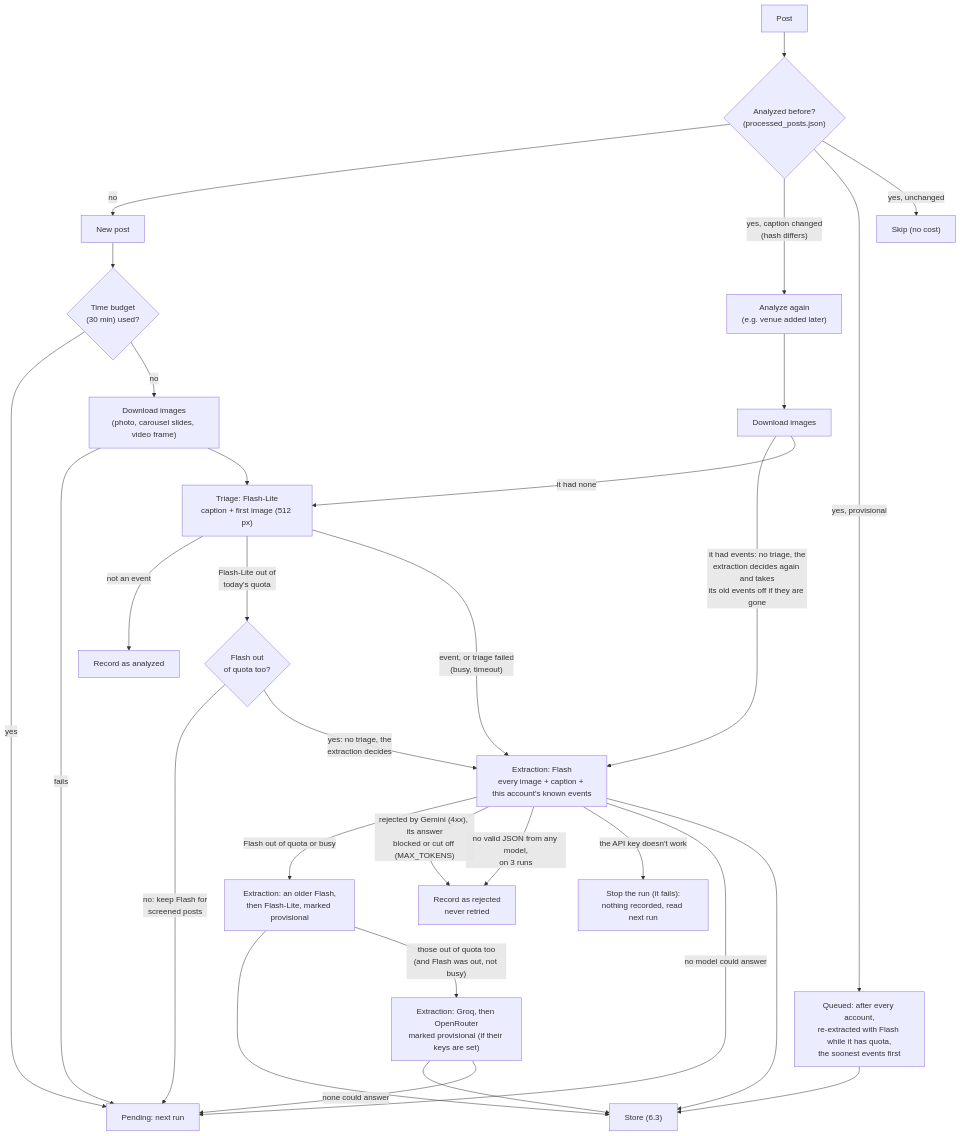
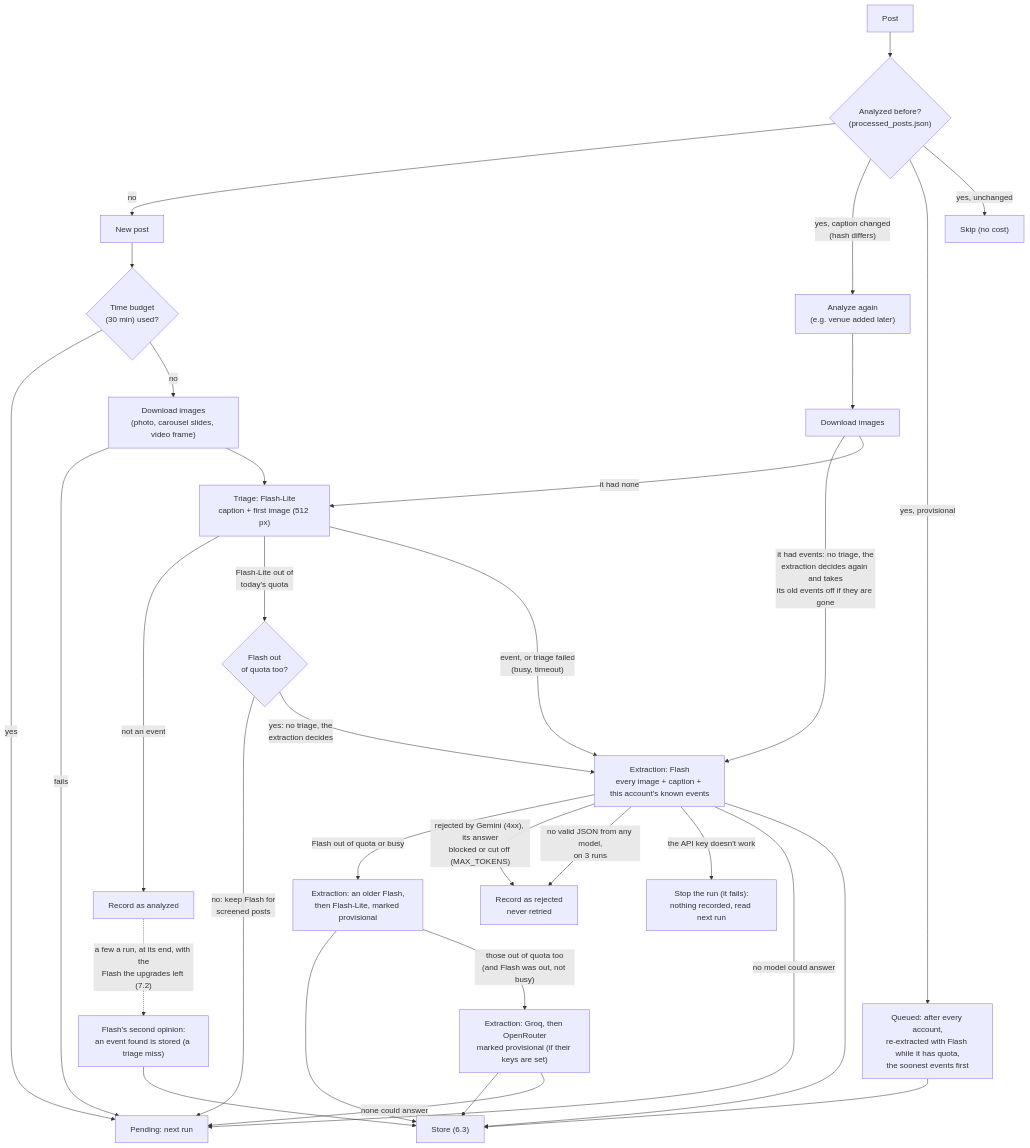
The fourth of 12 diagrams in docs/ARCHITECTURE.md (pa-bailar/backend), drawn with Mermaid before and after one commit. The commit also changed other lines of this file and 14 other files, not shown here.

First line of the commit message:
feat(sweep): Flash gives a second opinion on the triage's "no" (#209)

````diff
--- a/docs/ARCHITECTURE.md
+++ b/docs/ARCHITECTURE.md
@@ -571,31 +571,33 @@
 ```mermaid
 flowchart TD
     P["Post"] --> Q{"Analyzed before?<br/>(processed_posts.json)"}
     Q -->|no| N["New post"]
     Q -->|"yes, caption changed<br/>(hash differs)"| RE["Analyze again<br/>(e.g. venue added later)"]
     Q -->|"yes, provisional"| UP["Queued: after every account,<br/>re-extracted with Flash while it has quota,<br/>the soonest events first"]
     Q -->|"yes, unchanged"| SKIP["Skip (no cost)"]
     N --> T{"Time budget<br/>(30 min) used?"}
     T -->|yes| PEND["Pending: next run"]
     T -->|no| IMG["Download images<br/>(photo, carousel slides, video frame)"]
     RE --> IMG2["Download images"] -->|"it had events: no triage, the<br/>extraction decides again and takes<br/>its old events off if they are gone"| EX
     IMG2 -->|"it had none"| TR
     IMG -->|fails| PEND
     IMG --> TR["Triage: Flash-Lite<br/>caption + first image (512 px)"]
     TR -->|"not an event"| REC["Record as analyzed"]
+    REC -.->|"a few a run, at its end, with the<br/>Flash the upgrades left (7.2)"| SO["Flash's second opinion:<br/>an event found is stored (a triage miss)"]
+    SO --> ST
     TR -->|"Flash-Lite out of<br/>today's quota"| TLR{"Flash out<br/>of quota too?"}
     TLR -->|"no: keep Flash for<br/>screened posts"| PEND
     TLR -->|"yes: no triage, the<br/>extraction decides"| EX
     TR -->|"event, or triage failed<br/>(busy, timeout)"| EX["Extraction: Flash<br/>every image + caption + this account's known events"]
     EX -->|"Flash out of quota or busy"| PROV["Extraction: an older Flash,<br/>then Flash-Lite, marked provisional"]
     EX -->|"rejected by Gemini (4xx), its answer<br/>blocked or cut off (MAX_TOKENS)"| REJ["Record as rejected<br/>never retried"]
     EX -->|"no valid JSON from any model,<br/>on 3 runs"| REJ
     EX -->|"the API key doesn't work"| STOP["Stop the run (it fails):<br/>nothing recorded, read next run"]
     EX -->|"no model could answer"| PEND
     EX --> ST["Store (6.3)"]
     PROV --> ST
     PROV -->|"those out of quota too<br/>(and Flash was out, not busy)"| LAST["Extraction: Groq, then OpenRouter<br/>marked provisional (if their keys are set)"]
     LAST --> ST
     LAST -->|"none could answer"| PEND
     UP --> ST
 ```
````
